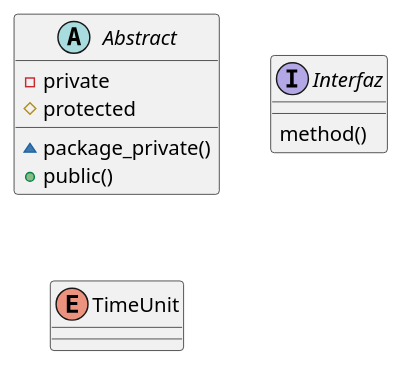
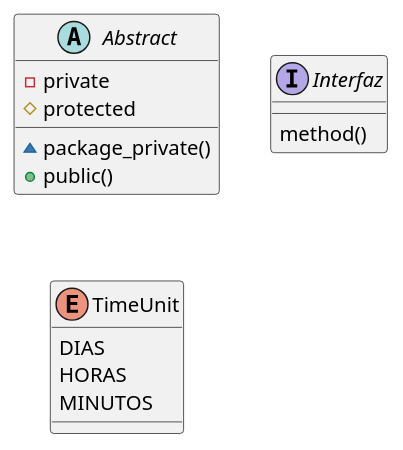
The diagram in uml/diagrama8.puml (Espadv69/uml-begginer), drawn with PlantUML before and after one commit.

Commit message:
Update: content into enum.

```diff
--- a/uml/diagrama8.puml
+++ b/uml/diagrama8.puml
@@ -1,18 +1,20 @@
 @startuml diagrama8
 
     abstract Abstract {
         -private
         #protected
         ~package_private()
         +public()
     }
 
     interface Interfaz {
         method()
     }
 
     enum TimeUnit {
-        
+        DIAS
+        HORAS
+        MINUTOS
     }
 
 @enduml
```
